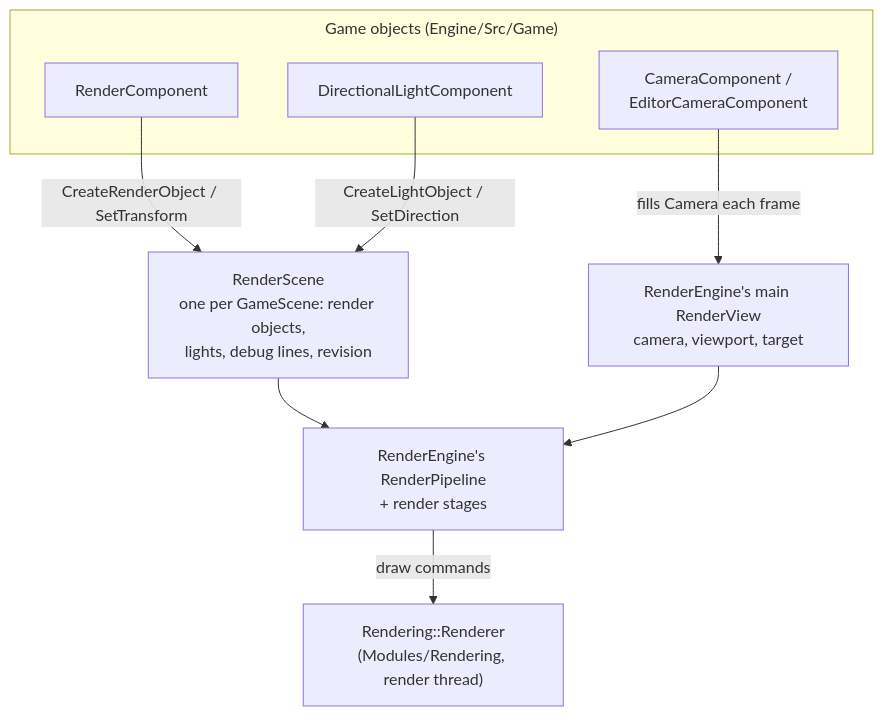
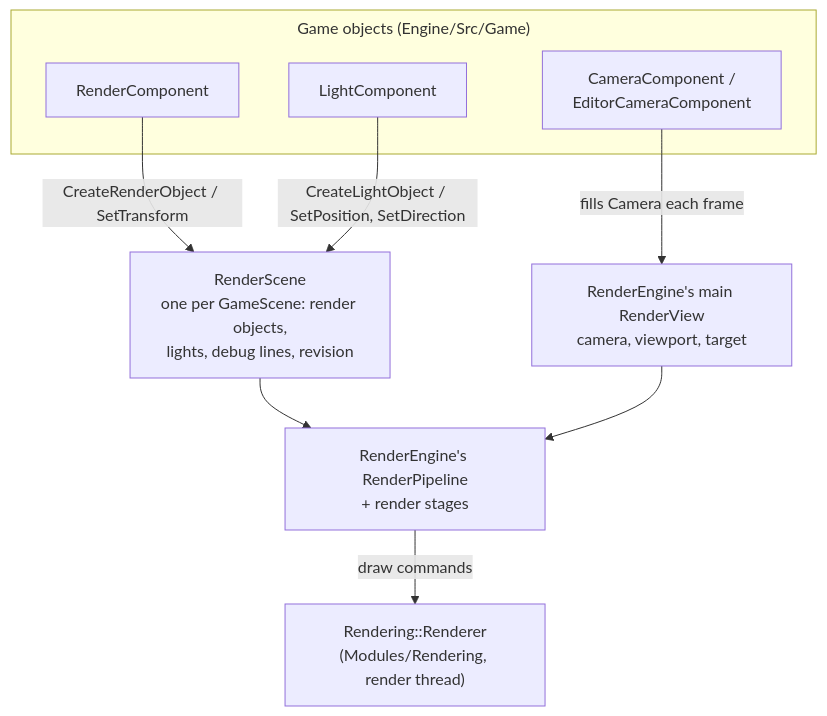
The first of 5 diagrams in Docs/Generated/Engine/04-Rendering/Engine-Graphics-Layer.md (b1nary0/RZE), drawn with Mermaid before and after one commit. The commit also changed other lines of this file and 12 other files, not shown here.

````diff
--- a/Docs/Generated/Engine/04-Rendering/Engine-Graphics-Layer.md
+++ b/Docs/Generated/Engine/04-Rendering/Engine-Graphics-Layer.md
@@ -5,20 +5,20 @@
 ```mermaid
 %%{init: {'flowchart': {'subGraphTitleMargin': {'top': 6, 'bottom': 10}}, 'themeCSS': '.labelBkg, .edgeLabel { background-color: var(--background-primary) !important; } .messageText, .labelText, .loopText { paint-order: stroke; stroke: var(--background-primary); stroke-width: 5px; stroke-linejoin: round; }'}}%%
 flowchart TD
     subgraph Game["Game objects (Engine/Src/Game)"]
         RC["RenderComponent"]
-        DL["DirectionalLightComponent"]
+        DL["LightComponent"]
         CAM["CameraComponent /<br/>EditorCameraComponent"]
     end
     SD["RenderScene<br/>one per GameScene: render objects,<br/>lights, debug lines, revision"]
     MV["RenderEngine's main RenderView<br/>camera, viewport, target"]
     PL["RenderEngine's RenderPipeline<br/>+ render stages"]
     LL["Rendering::Renderer<br/>(Modules/Rendering, render thread)"]
 
     RC -->|"CreateRenderObject / SetTransform"| SD
-    DL -->|"CreateLightObject / SetDirection"| SD
+    DL -->|"CreateLightObject / SetPosition, SetDirection"| SD
     CAM -->|"fills Camera each frame"| MV
     SD --> PL
     MV --> PL
     PL -->|"draw commands"| LL
 ```
````
